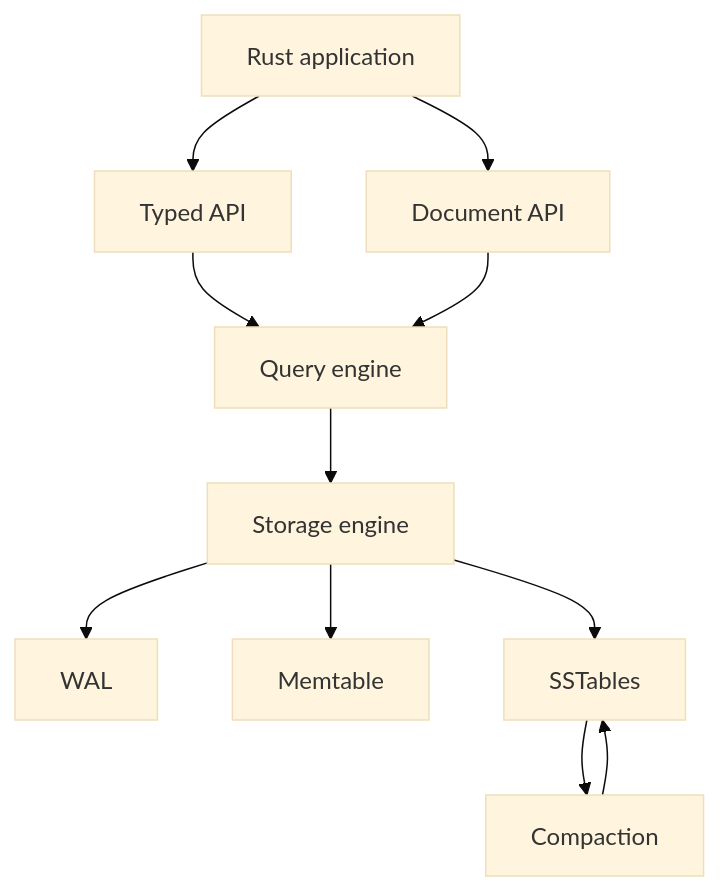
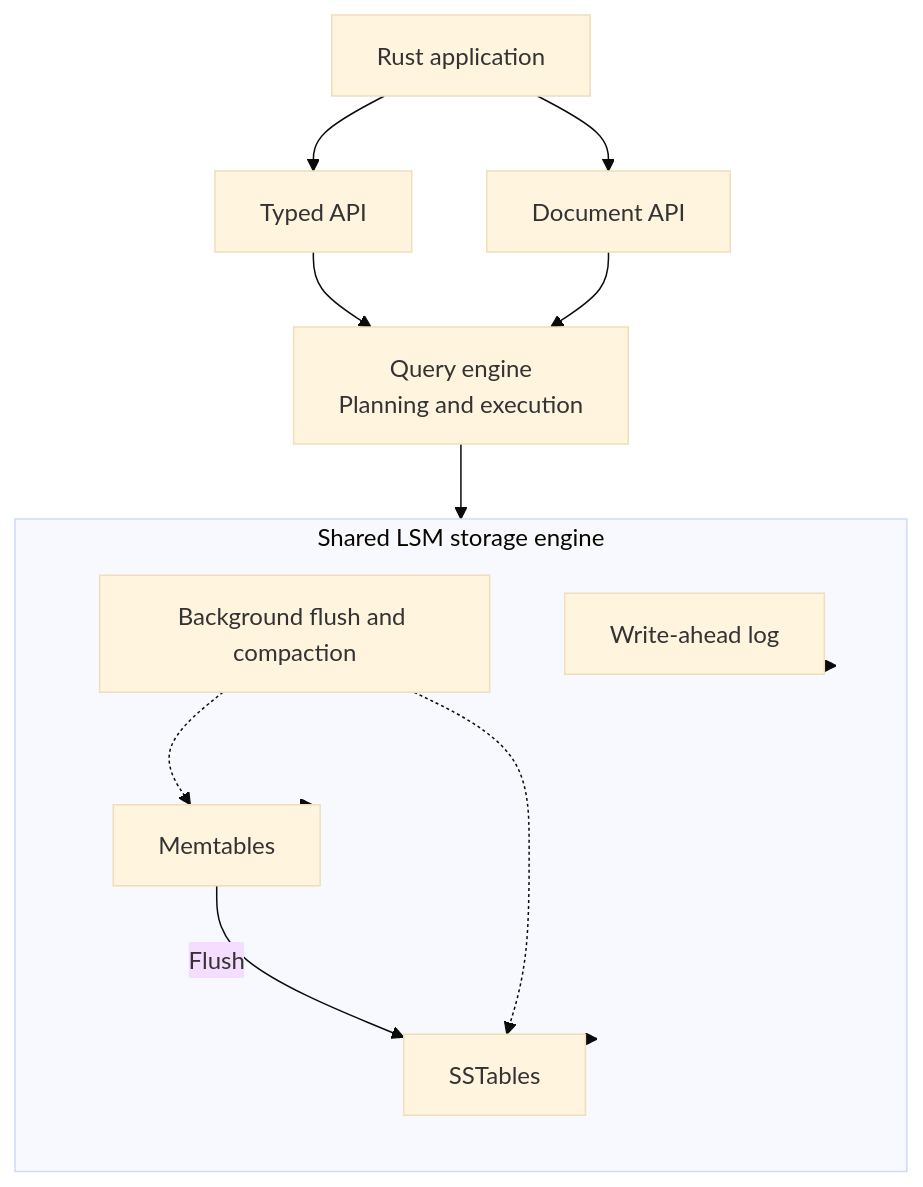
One commit to blerer/quokkadb changed the first of 2 diagrams in docs/architecture.md. Above: the diagram before and after it, drawn with Mermaid (base theme). The commit also changed other lines of this file, not shown here.

````diff
--- a/docs/architecture.md
+++ b/docs/architecture.md
@@ -15,23 +24,27 @@
 ```mermaid
 flowchart TD
     app["Rust application"]
     typed["Typed API"]
     document["Document API"]
-    query["Query engine"]
-    storage["Storage engine"]
-    wal["WAL"]
-    memtable["Memtable"]
-    sstables["SSTables"]
-    compaction["Compaction"]
+    query["Query engine<br/>Planning and execution"]
+
+    subgraph storage ["Shared LSM storage engine"]
+        direction TB
+        wal["Write-ahead log"]
+        memtable["Memtables"]
+        sstables["SSTables"]
+        maintenance["Background flush and compaction"]
+        memtable -->|Flush| sstables
+        maintenance -.-> memtable
+        maintenance -.-> sstables
+    end
 
     app --> typed
     app --> document
     typed --> query
     document --> query
     query --> storage
     storage --> wal
     storage --> memtable
     storage --> sstables
-    sstables --> compaction
-    compaction --> sstables
 ```
````
